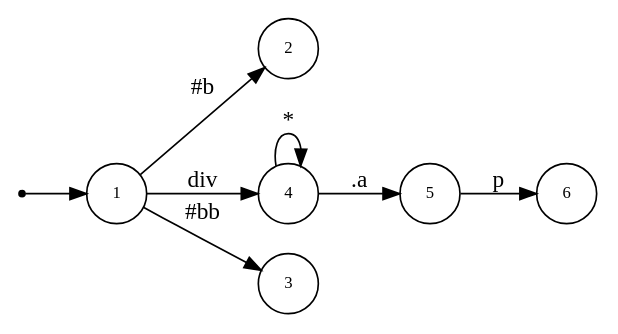
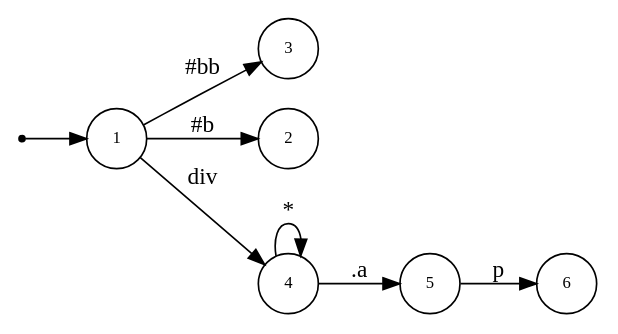
The diagram in css-gen-op/testcase/dot.dot (asukaminato0721/css-bitvector-compiler), drawn with Graphviz before and after one commit. The commit also changed other lines of this file and 19 other files, not shown here.

```diff
--- a/css-gen-op/testcase/dot.dot
+++ b/css-gen-op/testcase/dot.dot
@@ -1,19 +1,19 @@
 digraph NFA {
   rankdir=LR;
   node [shape=circle, fontsize=10];
   __start [shape=point, label=""];
   __start -> 1;
+  6 [label="6"];
   1 [label="1"];
+  3 [label="3"];
   2 [label="2"];
   4 [label="4"];
   5 [label="5"];
-  6 [label="6"];
-  3 [label="3"];
   { node [shape=doublecircle]; 2 3 6 }
   1 -> 2 [label="#b"];
   1 -> 3 [label="#bb"];
   1 -> 4 [label="div"];
   4 -> 4 [label="*"];
   4 -> 5 [label=".a"];
   5 -> 6 [label="p"];
 }
```
